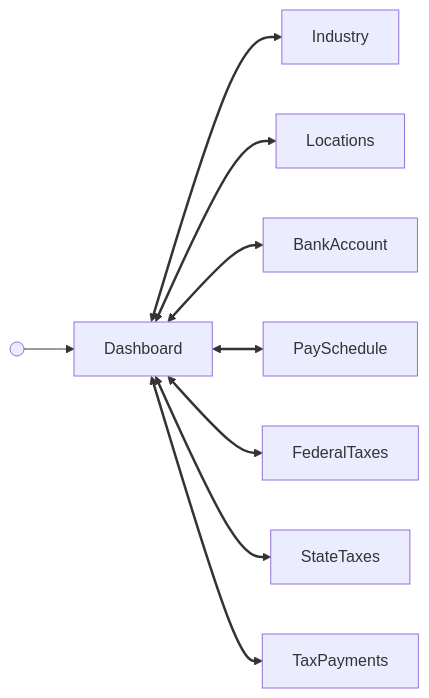
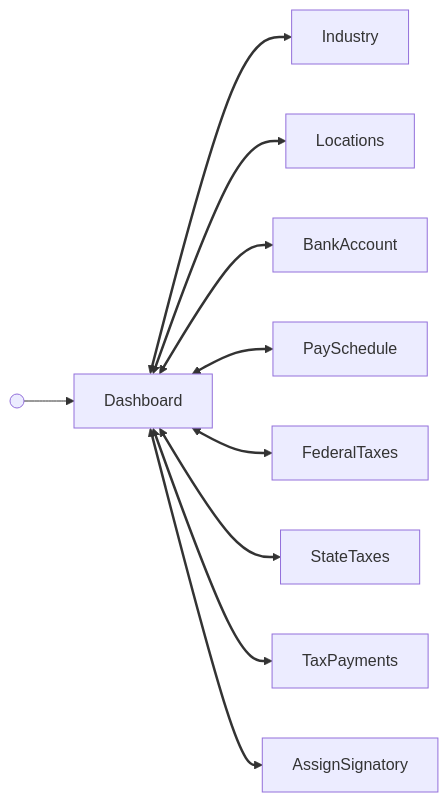
Before and after one commit to Gusto/embedded-react-sdk: the diagram in src/components/Company/Dashboard/GUIDE.md, drawn with Mermaid. The commit also changed other lines of this file and 20 other files, not shown here.

First line of the commit message:
feat(SDK-1431): add signatory card and the dashboard Documents tab

````diff
--- a/src/components/Company/Dashboard/GUIDE.md
+++ b/src/components/Company/Dashboard/GUIDE.md
@@ -25,12 +28,13 @@
 ```mermaid
 flowchart LR
   start@{ shape: sm-circ } --> Dashboard
   Dashboard <--> Industry
   Dashboard <--> Locations
   Dashboard <--> BankAccount
   Dashboard <--> PaySchedule
   Dashboard <--> FederalTaxes
   Dashboard <--> StateTaxes
   Dashboard <--> TaxPayments
-  linkStyle 1,2,3,4,5,6,7 stroke-width:2.5px
+  Dashboard <--> AssignSignatory
+  linkStyle 1,2,3,4,5,6,7,8 stroke-width:2.5px
 ```
````
